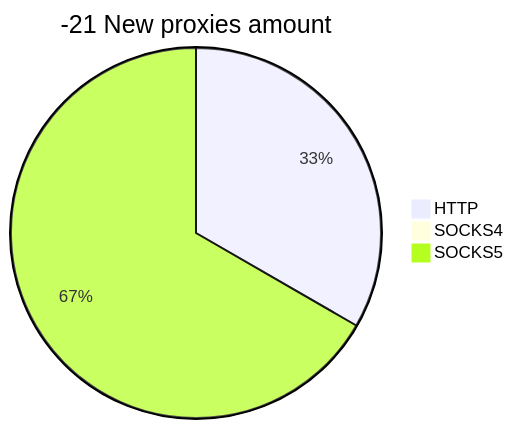
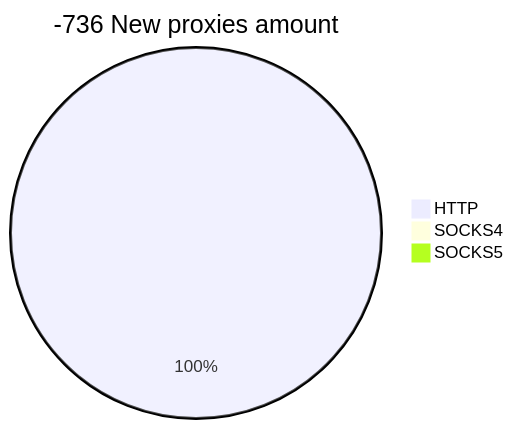
Before and after one commit to cutipu/proxylist: the second of 2 diagrams in README.md, drawn with Mermaid. The commit also changed other lines of this file, not shown here.

````diff
--- a/README.md
+++ b/README.md
@@ -10,6 +10,6 @@
 ```mermaid
-pie title -21 New proxies amount
-    "HTTP" : 1
+pie title -736 New proxies amount
+    "HTTP" : 225
     "SOCKS4" : 0
-    "SOCKS5" : 2
+    "SOCKS5" : 0
 ```
````
